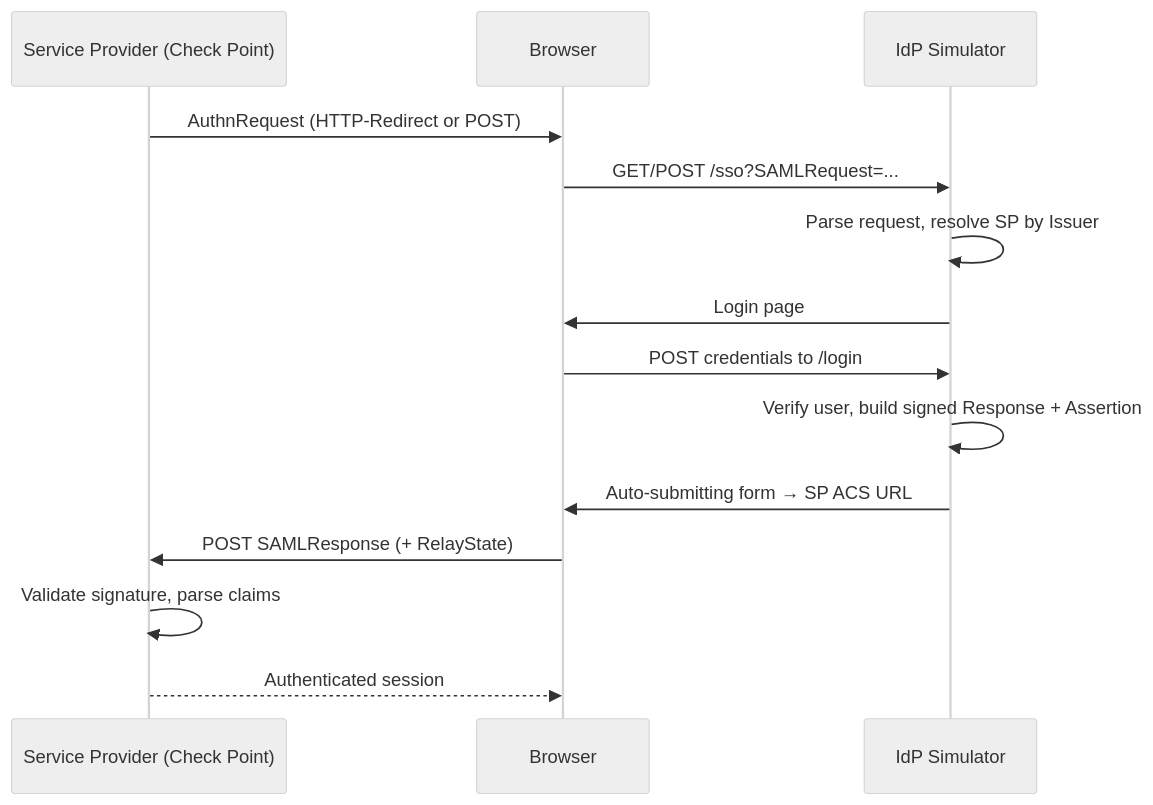
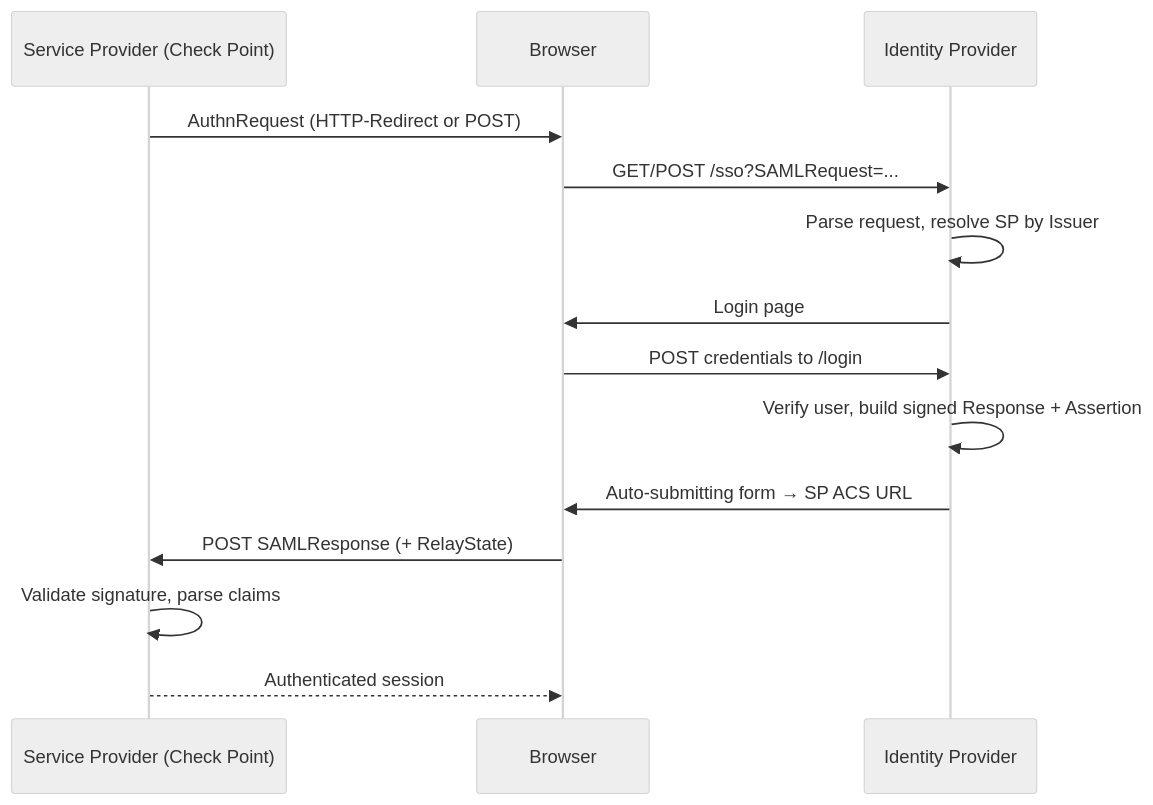
The diagram in README.MD (alshawwaf/SAML_IDP_Simulator), drawn with Mermaid (neutral theme) before and after one commit. The commit also changed other lines of this file and 1 other file, not shown here.

````diff
--- a/README.MD
+++ b/README.MD
@@ -195,17 +142,17 @@
 ```mermaid
 sequenceDiagram
     participant SP as Service Provider (Check Point)
     participant Browser
-    participant IdP as IdP Simulator
+    participant IdP as Identity Provider
 
     SP->>Browser: AuthnRequest (HTTP-Redirect or POST)
     Browser->>IdP: GET/POST /sso?SAMLRequest=...
     IdP->>IdP: Parse request, resolve SP by Issuer
     IdP->>Browser: Login page
     Browser->>IdP: POST credentials to /login
     IdP->>IdP: Verify user, build signed Response + Assertion
     IdP->>Browser: Auto-submitting form → SP ACS URL
     Browser->>SP: POST SAMLResponse (+ RelayState)
     SP->>SP: Validate signature, parse claims
     SP-->>Browser: Authenticated session
 ```
````
